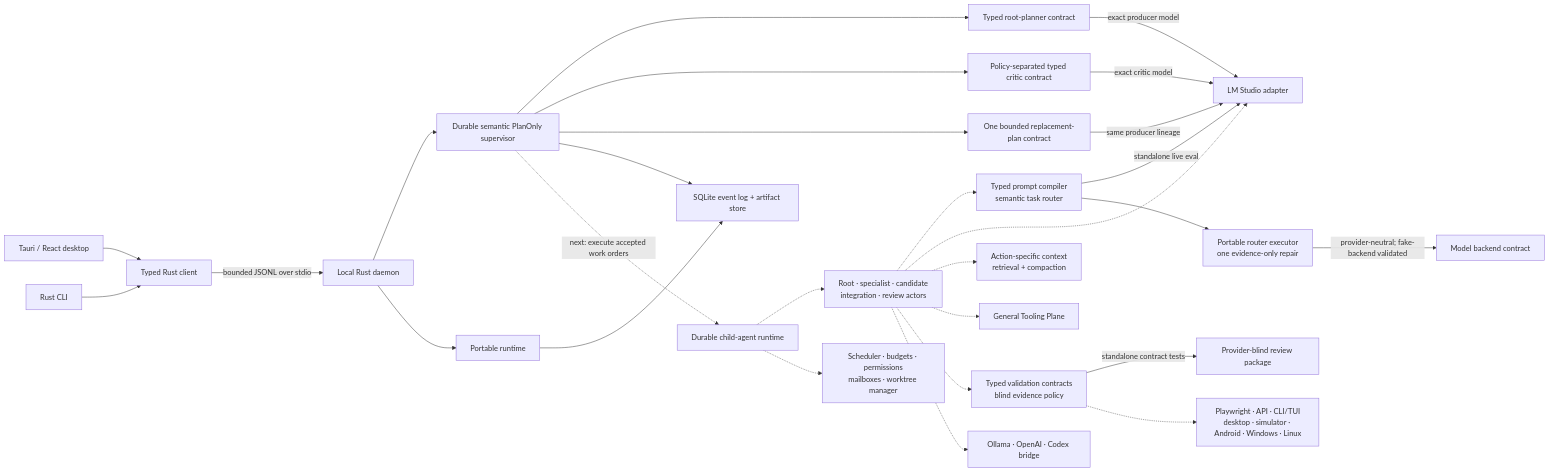
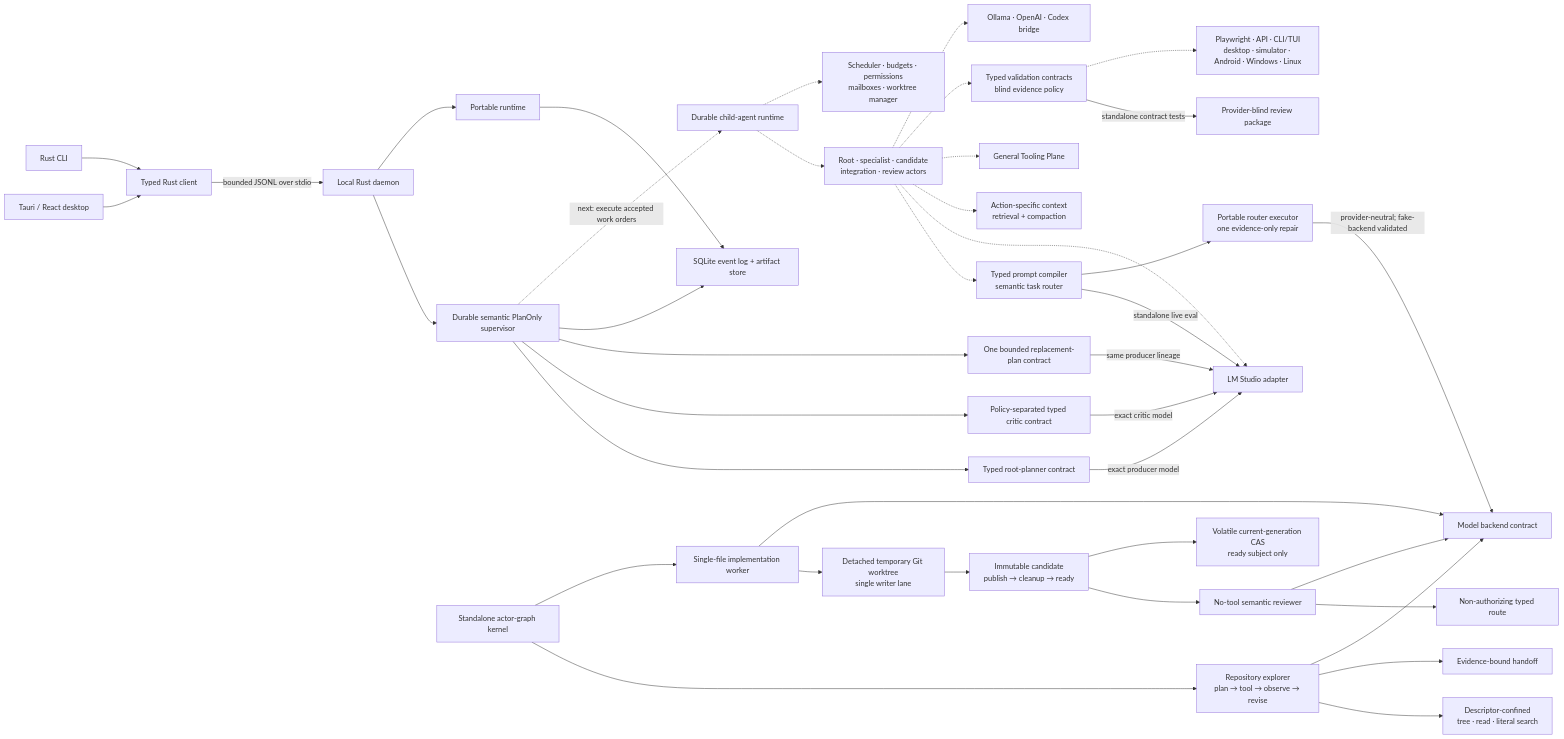
One commit to Jawbreaker1/BirdCode changed the diagram in README.md. Above: the diagram before and after it, drawn with Mermaid. The commit also changed other lines of this file and 168 other files, not shown here.

Commit message:
Build standalone repository agent vertical

````diff
--- a/README.md
+++ b/README.md
@@ -313,32 +368,45 @@
 ```mermaid
 flowchart LR
     Desktop["Tauri / React desktop"] --> Client["Typed Rust client"]
     CLI["Rust CLI"] --> Client
     Client -->|"bounded JSONL over stdio"| Daemon["Local Rust daemon"]
     Daemon --> Supervisor["Durable semantic PlanOnly supervisor"]
     Supervisor --> RootPrompt["Typed root-planner contract"]
     Supervisor --> CriticPrompt["Policy-separated typed critic contract"]
     Supervisor --> RepairPrompt["One bounded replacement-plan contract"]
     RootPrompt -->|"exact producer model"| LMStudio["LM Studio adapter"]
     CriticPrompt -->|"exact critic model"| LMStudio
     RepairPrompt -->|"same producer lineage"| LMStudio
     Supervisor --> Store["SQLite event log + artifact store"]
     Daemon --> Runtime["Portable runtime"]
     Runtime --> Store
 
     Prompting["Typed prompt compiler<br/>semantic task router"] -->|"standalone live eval"| LMStudio
     Prompting --> RouterExecutor["Portable router executor<br/>one evidence-only repair"]
     RouterExecutor -->|"provider-neutral; fake-backend validated"| ModelBackend["Model backend contract"]
     Validation["Typed validation contracts<br/>blind evidence policy"] -->|"standalone contract tests"| Blind["Provider-blind review package"]
 
+    ActorKernel["Standalone actor-graph kernel"] --> Explorer["Repository explorer<br/>plan → tool → observe → revise"]
+    Explorer --> ReadTools["Descriptor-confined<br/>tree · read · literal search"]
+    Explorer --> Handoff["Evidence-bound handoff"]
+    ActorKernel --> Implementer["Single-file implementation worker"]
+    Implementer --> Worktree["Detached temporary Git worktree<br/>single writer lane"]
+    Worktree --> Candidate["Immutable candidate<br/>publish → cleanup → ready"]
+    Candidate --> Reviewer["No-tool semantic reviewer"]
+    Reviewer --> ReviewRoute["Non-authorizing typed route"]
+    Candidate --> Head["Volatile current-generation CAS<br/>ready subject only"]
+    Explorer --> ModelBackend
+    Implementer --> ModelBackend
+    Reviewer --> ModelBackend
+
     Supervisor -.->|"next: execute accepted work orders"| Orchestrator["Durable child-agent runtime"]
     Orchestrator -.-> Actors["Root · specialist · candidate<br/>integration · review actors"]
     Orchestrator -.-> Coordination["Scheduler · budgets · permissions<br/>mailboxes · worktree manager"]
     Actors -.-> Prompting
     Actors -.-> LMStudio
     Actors -.-> Context["Action-specific context<br/>retrieval + compaction"]
     Actors -.-> Tools["General Tooling Plane"]
     Actors -.-> Validation
     Validation -.-> Adapters["Playwright · API · CLI/TUI<br/>desktop · simulator · Android · Windows · Linux"]
     Actors -.-> Providers["Ollama · OpenAI · Codex bridge"]
 ```
````
